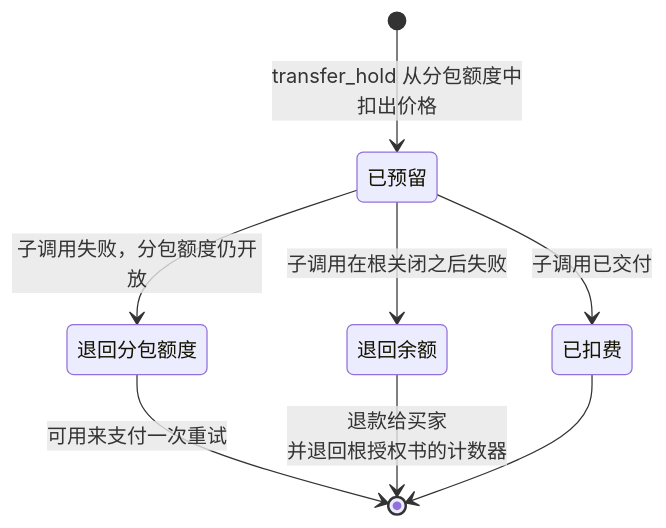
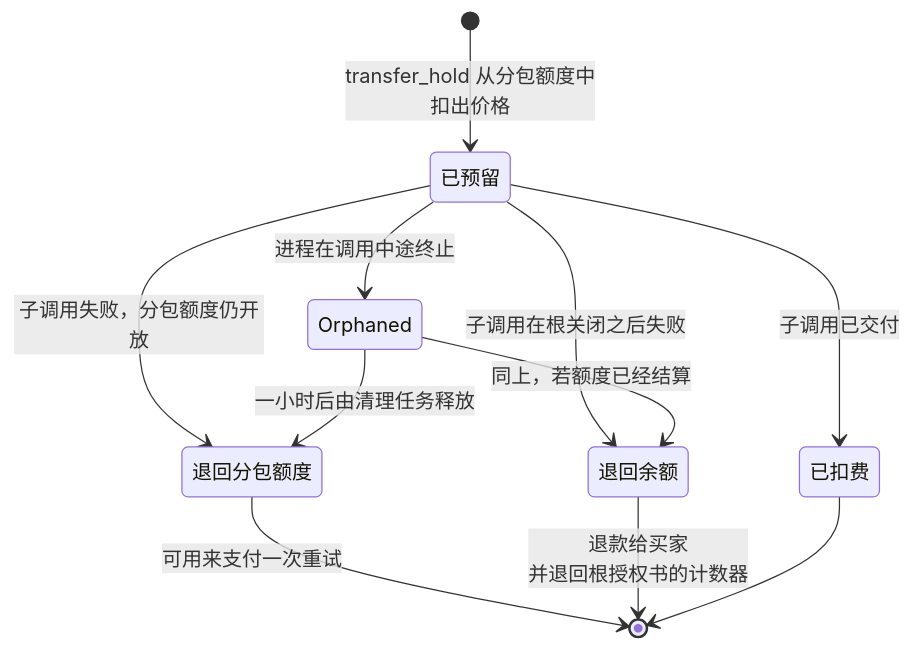
One commit to alexar76/aimarket-hub changed the fourth of 8 diagrams in docs/subcontracting.zh.md. Above: the diagram before and after it, drawn with Mermaid. The commit also changed other lines of this file and 34 other files, not shown here.

````diff
--- a/docs/subcontracting.zh.md
+++ b/docs/subcontracting.zh.md
@@ -195,14 +197,17 @@
 ```mermaid
 stateDiagram-v2
     state "已预留" as Held
     state "已扣费" as Captured
     state "退回分包额度" as BackToAllowance
     state "退回余额" as BackToBalance
     [*] --> Held: transfer_hold 从分包额度中扣出价格
     Held --> Captured: 子调用已交付
     Held --> BackToAllowance: 子调用失败，分包额度仍开放
     Held --> BackToBalance: 子调用在根关闭之后失败
+    Held --> Orphaned: 进程在调用中途终止
+    Orphaned --> BackToAllowance: 一小时后由清理任务释放
+    Orphaned --> BackToBalance: 同上，若额度已经结算
     BackToAllowance --> [*]: 可用来支付一次重试
     BackToBalance --> [*]: 退款给买家<br/>并退回根授权书的计数器
     Captured --> [*]
 ```
````
